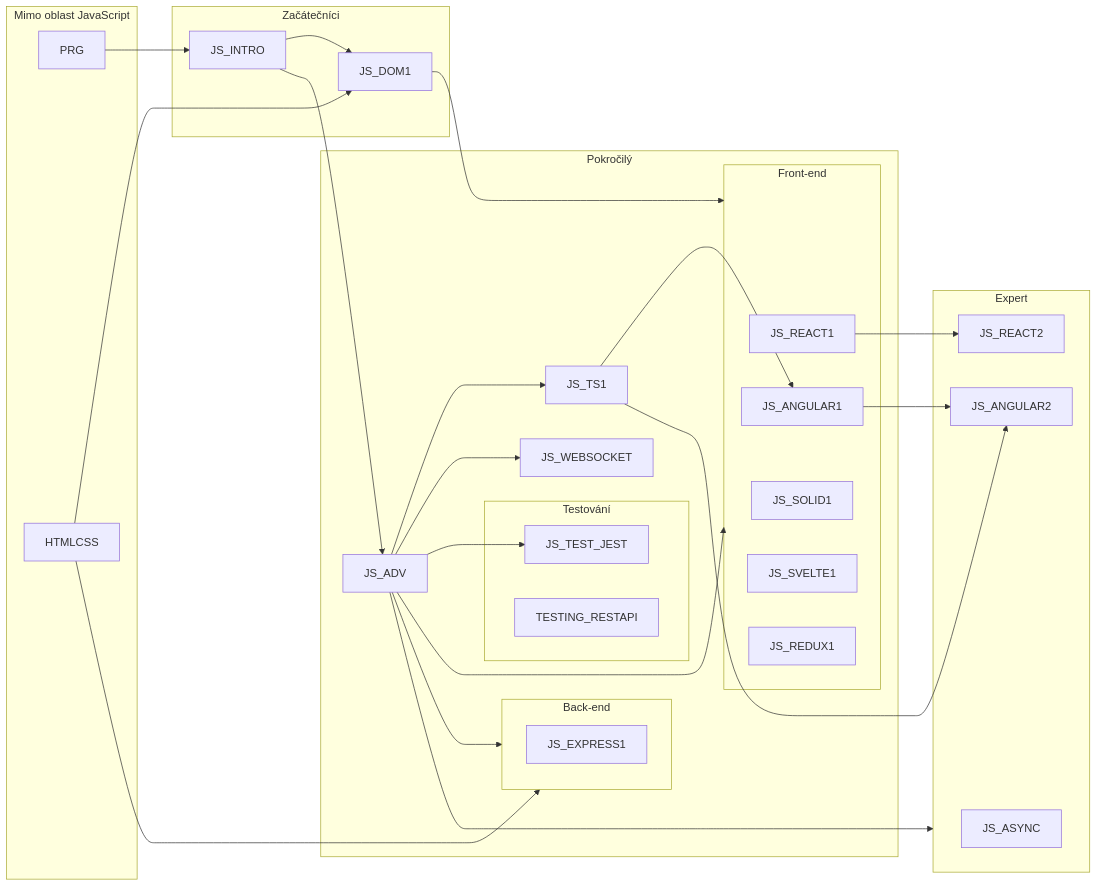
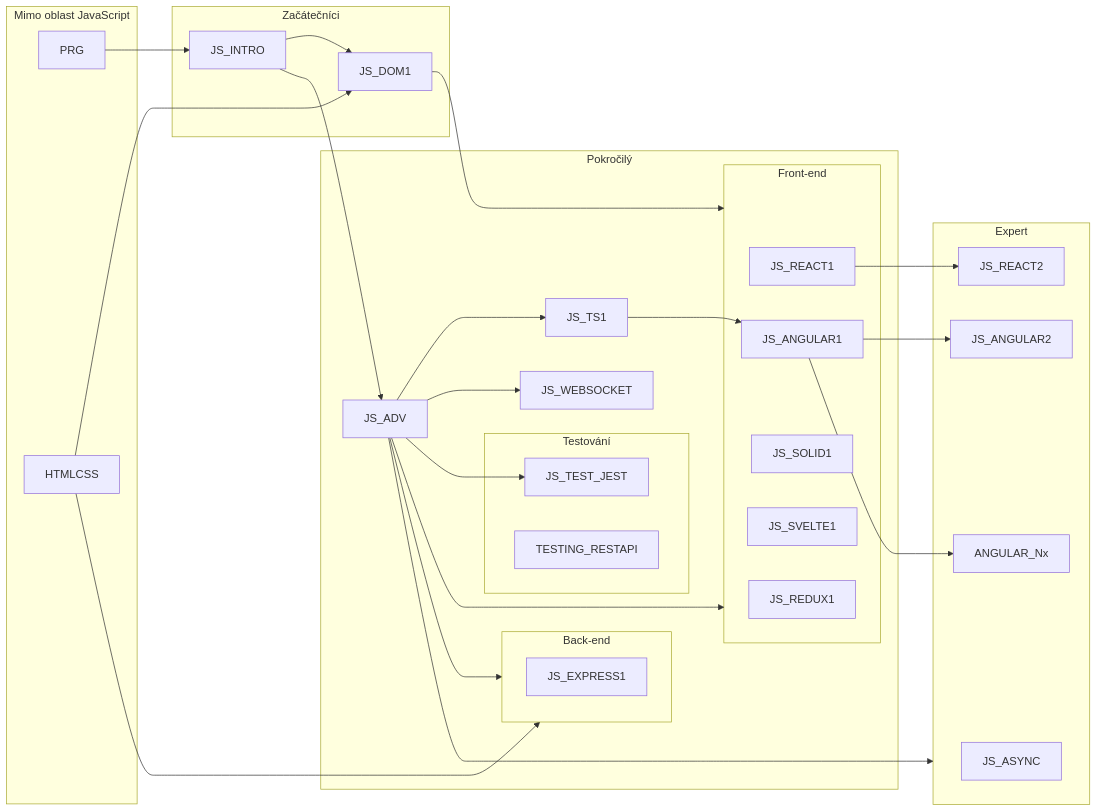
Before and after one commit to mbradic/gopas-osnovy: the diagram in map.md, drawn with Mermaid.

````diff
--- a/map.md
+++ b/map.md
@@ -3,60 +3,62 @@
 ```mermaid
 graph LR
     subgraph Mimo oblast JavaScript
         PRG
         HTMLCSS
     end
     subgraph Začátečníci
         JS_INTRO
         JS_DOM1
     end
     subgraph Pokročilý
         JS_ADV
         JS_TS1
         subgraph Front-end
             JS_REACT1
             JS_ANGULAR1
             JS_SOLID1
             JS_SVELTE1
             JS_REDUX1            
         end
         subgraph Back-end
             JS_EXPRESS1
         end
         subgraph Testování
             JS_TEST_JEST
             TESTING_RESTAPI
         end
         JS_WEBSOCKET
     end
     subgraph Expert
         JS_ASYNC
         JS_REACT2
         JS_ANGULAR2
+        ANGULAR_Nx
     end
 
     PRG --> JS_INTRO
     HTMLCSS --> JS_DOM1
     
     JS_DOM1 --> Front-end
     JS_ADV  --> Front-end
 
     HTMLCSS --> Back-end
     JS_ADV  --> Back-end
     
     JS_ADV --> Expert
     
     JS_INTRO --> JS_DOM1
     JS_INTRO --> JS_ADV
     
     JS_ADV --> JS_TS1
     JS_TS1 --> JS_ANGULAR1
     
     JS_ADV --> JS_WEBSOCKET
 
     JS_ADV --> JS_TEST_JEST
 
     JS_REACT1 --> JS_REACT2
-    JS_TS1 --> JS_ANGULAR2
+    
     JS_ANGULAR1 --> JS_ANGULAR2
+    JS_ANGULAR1 --> ANGULAR_Nx
 ```
````
